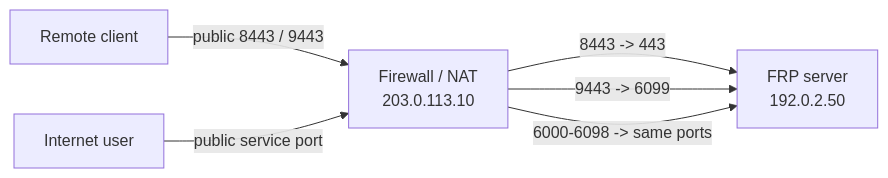
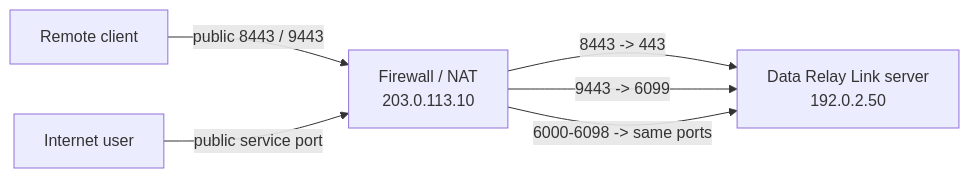
Before and after one commit to datarelay-labs/data-relay-link-docs: the second of 4 diagrams in deployment/firewall-nat.mdx, drawn with Mermaid. The commit also changed other lines of this file and 36 other files, not shown here.

````diff
--- a/deployment/firewall-nat.mdx
+++ b/deployment/firewall-nat.mdx
@@ -32,8 +32,8 @@
 ```mermaid
 flowchart LR
     C[Remote client] -->|public 8443 / 9443| F[Firewall / NAT\n203.0.113.10]
     U[Internet user] -->|public service port| F
-    F -->|8443 -> 443| S[FRP server\n192.0.2.50]
+    F -->|8443 -> 443| S[Data Relay Link server\n192.0.2.50]
     F -->|9443 -> 6099| S
     F -->|6000-6098 -> same ports| S
 ```
````
